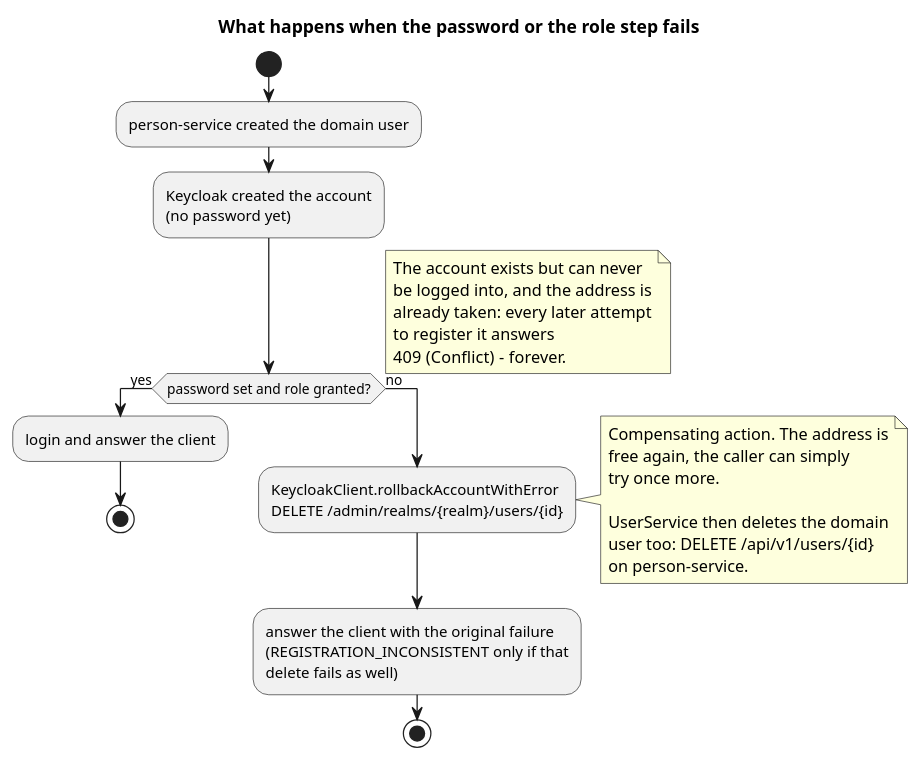
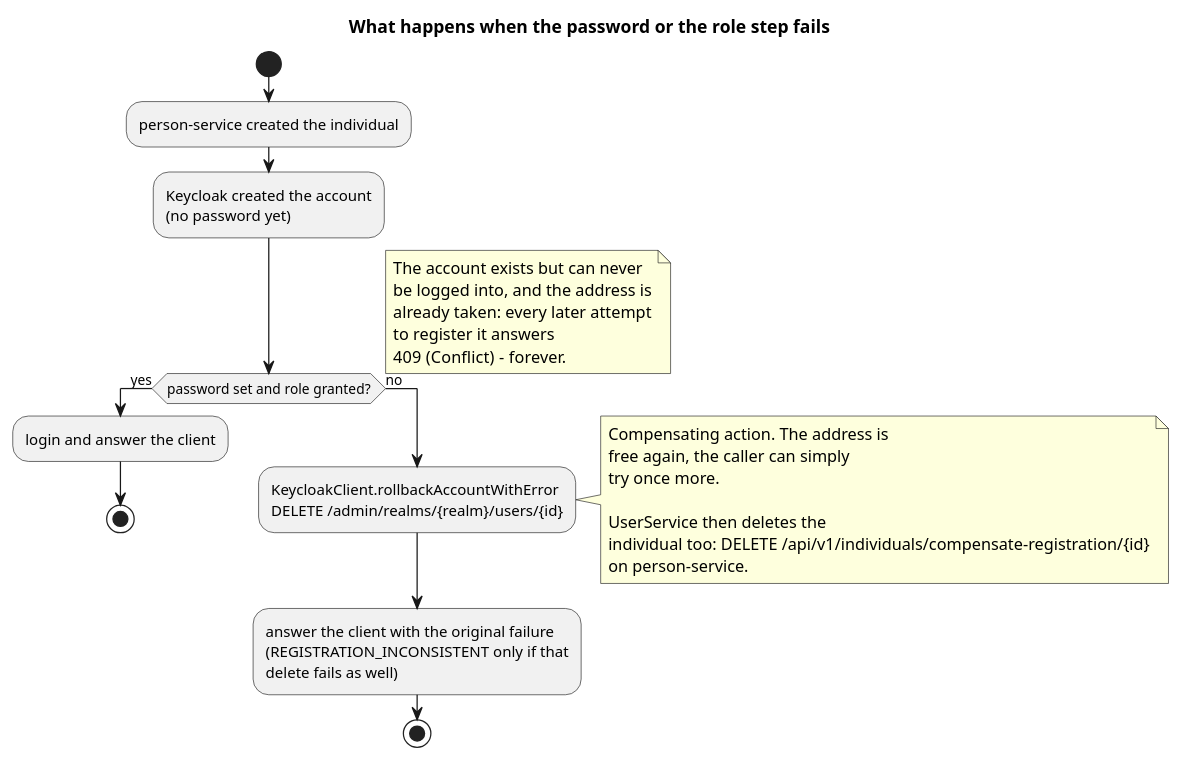
The second of 4 diagrams in docs/puml-diagrams/keycloak-client.puml (dezxxx/payment-platform), drawn with PlantUML before and after one commit. The commit also changed other lines of this file and 20 other files, not shown here.

Commit message:
docs: describe the Individual aggregate, soft delete and compensation

```diff
--- a/docs/puml-diagrams/keycloak-client.puml
+++ b/docs/puml-diagrams/keycloak-client.puml
@@ -136,40 +137,40 @@
 @startuml keycloak-rollback
 title What happens when the password or the role step fails
 
 skinparam shadowing false
 
 start
 
-:person-service created the domain user;
+:person-service created the individual;
 :Keycloak created the account
 (no password yet);
 
 if (password set and role granted?) then (yes)
   :login and answer the client;
   stop
 else (no)
   note right
     The account exists but can never
     be logged into, and the address is
     already taken: every later attempt
     to register it answers
     409 (Conflict) - forever.
   end note
   :KeycloakClient.rollbackAccountWithError
   DELETE /admin/realms/{realm}/users/{id};
   note right
     Compensating action. The address is
     free again, the caller can simply
     try once more.
 
-    UserService then deletes the domain
-    user too: DELETE /api/v1/users/{id}
+    UserService then deletes the
+    individual too: DELETE /api/v1/individuals/compensate-registration/{id}
     on person-service.
   end note
   :answer the client with the original failure
   (REGISTRATION_INCONSISTENT only if that
   delete fails as well);
   stop
 endif
 
 @enduml
```
